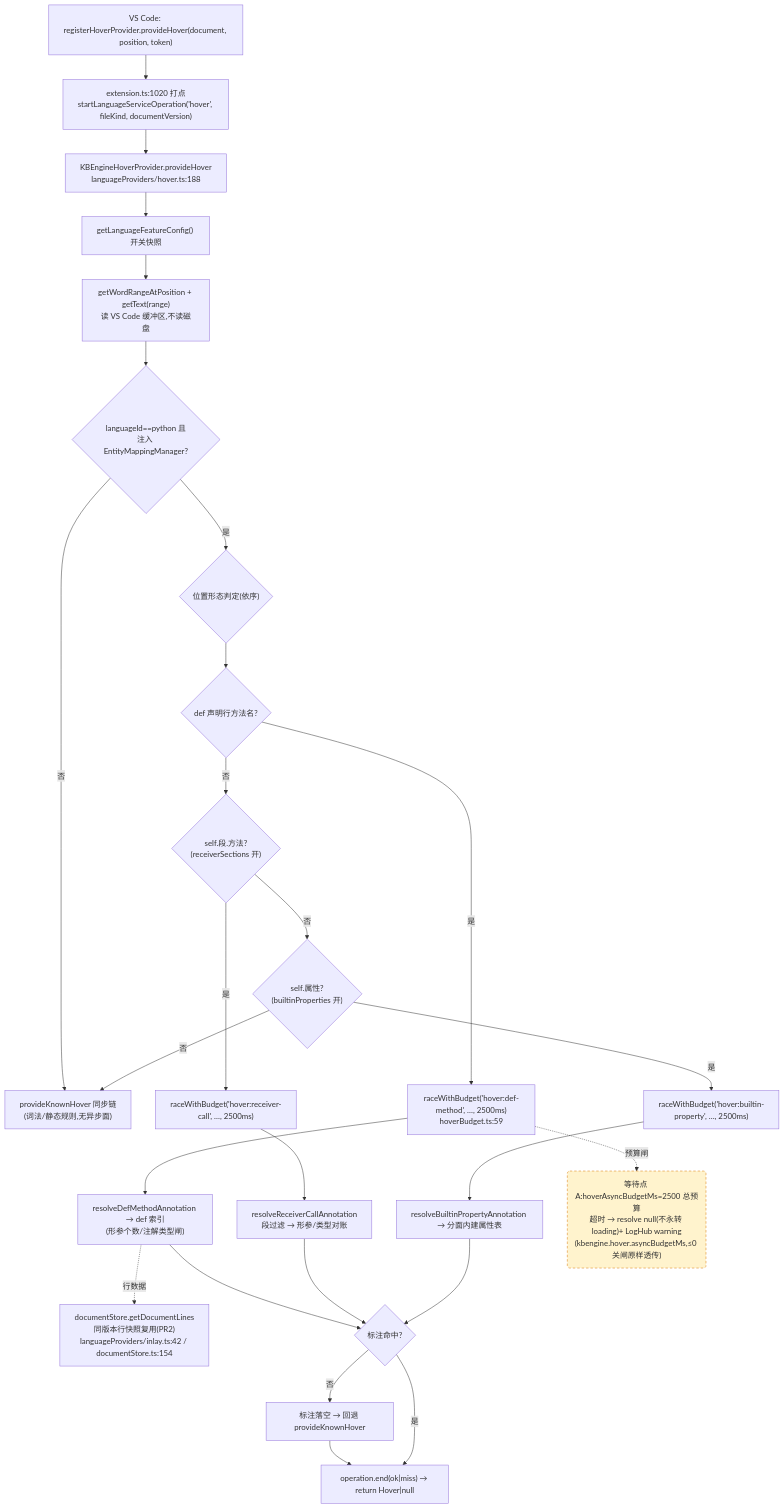
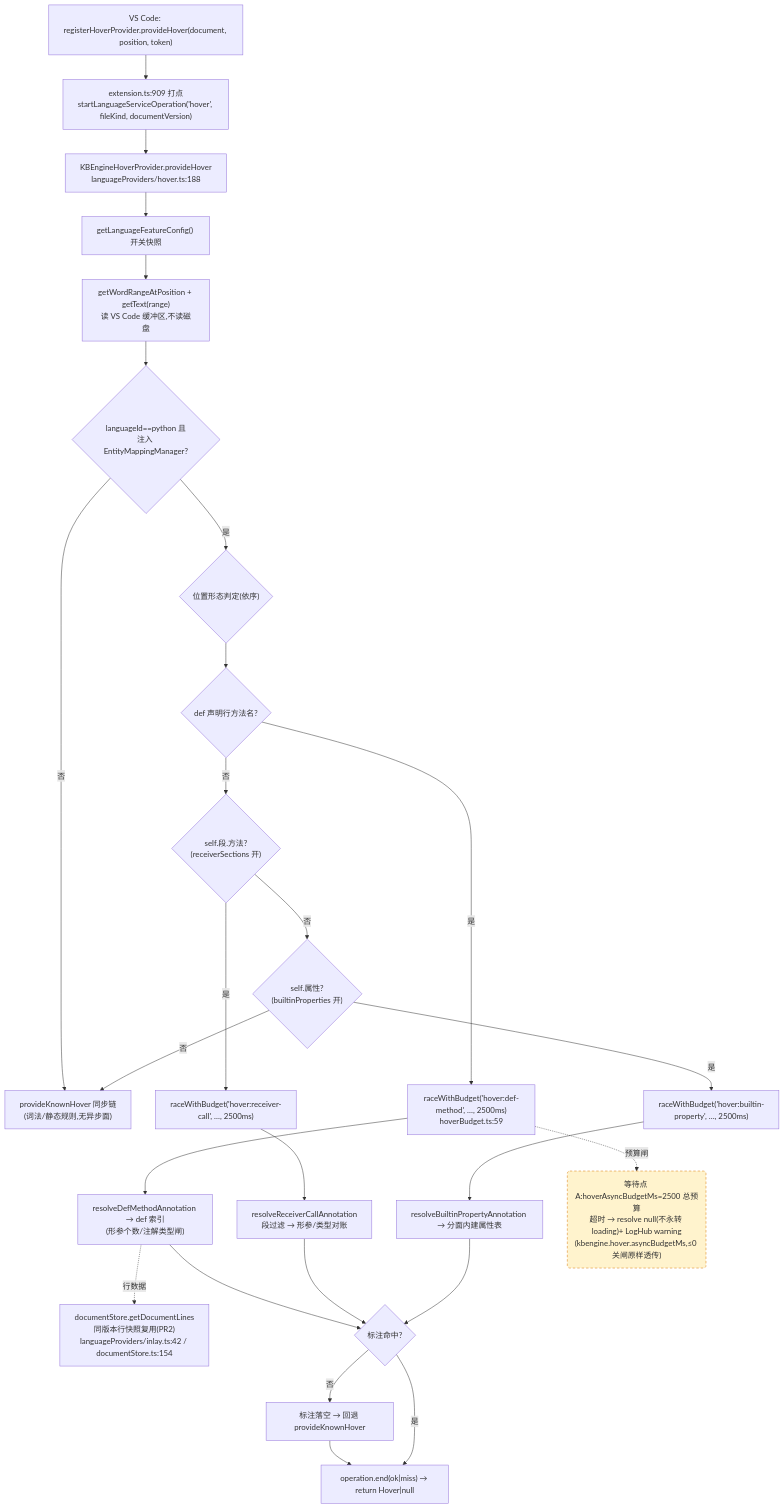
Before and after one commit to cuihairu/kode: the first of 4 diagrams in docs/perf/2026-baseline.md, drawn with Mermaid. The commit also changed other lines of this file and 3 other files, not shown here.

````diff
--- a/docs/perf/2026-baseline.md
+++ b/docs/perf/2026-baseline.md
@@ -82,45 +82,45 @@
 ```mermaid
 flowchart TD
   VC1["VS Code: registerHoverProvider.provideHover(document, position, token)"]
-  M1["extension.ts:1020 打点<br/>startLanguageServiceOperation('hover', fileKind, documentVersion)"]
+  M1["extension.ts:909 打点<br/>startLanguageServiceOperation('hover', fileKind, documentVersion)"]
   HP["KBEngineHoverProvider.provideHover<br/>languageProviders/hover.ts:188"]
   CFG["getLanguageFeatureConfig() 开关快照"]
   WORD["getWordRangeAtPosition + getText(range)<br/>读 VS Code 缓冲区,不读磁盘"]
   BR{"languageId==python 且<br/>注入 EntityMappingManager?"}
   KN["provideKnownHover 同步链<br/>(词法/静态规则,无异步面)"]
   POS{"位置形态判定(依序)"}
   D1{"def 声明行方法名?"}
   D2{"self.段.方法?<br/>(receiverSections 开)"}
   D3{"self.属性?<br/>(builtinProperties 开)"}
   RA1["raceWithBudget('hover:def-method', …, 2500ms)<br/>hoverBudget.ts:59"]
   RA2["raceWithBudget('hover:receiver-call', …, 2500ms)"]
   RA3["raceWithBudget('hover:builtin-property', …, 2500ms)"]
   RS1["resolveDefMethodAnnotation → def 索引<br/>(形参个数/注解类型闸)"]
   RS2["resolveReceiverCallAnnotation<br/>段过滤 → 形参/类型对账"]
   RS3["resolveBuiltinPropertyAnnotation → 分面内建属性表"]
   LINES["documentStore.getDocumentLines<br/>同版本行快照复用(PR2)<br/>languageProviders/inlay.ts:42 / documentStore.ts:154"]
   MISS["标注落空 → 回退 provideKnownHover"]
   END1["operation.end(ok|miss) → return Hover|null"]
 
   VC1 --> M1 --> HP --> CFG --> WORD --> BR
   BR -- "否" --> KN
   BR -- "是" --> POS --> D1
   D1 -- "是" --> RA1 --> RS1
   D1 -- "否" --> D2
   D2 -- "是" --> RA2 --> RS2
   D2 -- "否" --> D3
   D3 -- "是" --> RA3 --> RS3
   D3 -- "否" --> KN
   RS1 --> HIT{"标注命中?"}
   RS2 --> HIT
   RS3 --> HIT
   RS1 -.->|行数据| LINES
   HIT -- "否" --> MISS --> END1
   HIT -- "是" --> END1
 
   WAITA("等待点 A:hoverAsyncBudgetMs=2500 总预算<br/>超时 → resolve null(不永转 loading)+ LogHub warning<br/>(kbengine.hover.asyncBudgetMs,≤0 关闸原样透传)")
   RA1 -.->|预算闸| WAITA
 
   classDef waitPoint fill:#fff3cd,stroke:#d97706,stroke-dasharray:5 4;
   class WAITA waitPoint;
 ```
````
